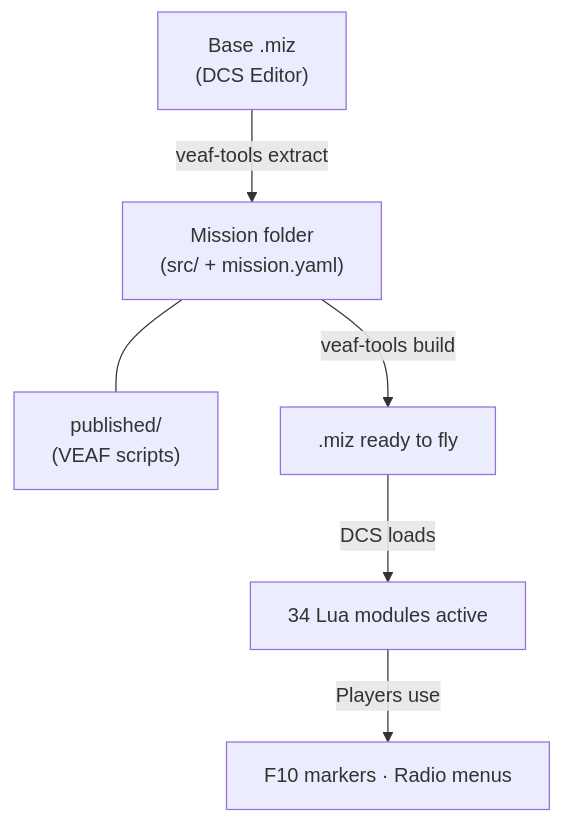
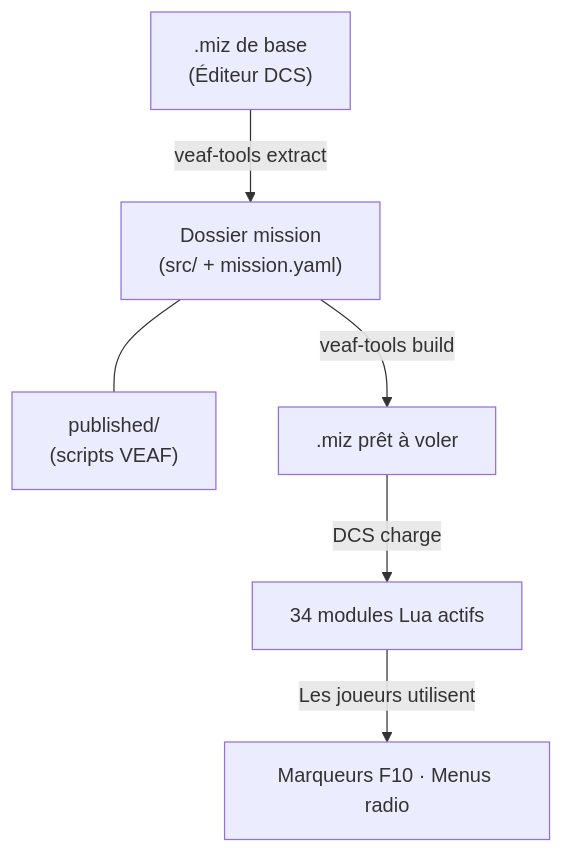
One commit to VEAF/VEAF-Mission-Creation-Tools changed the diagram in doc/index.md. Above: the diagram before and after it, drawn with Mermaid. The commit also changed other lines of this file and 108 other files, not shown here.

````diff
--- a/doc/index.md
+++ b/doc/index.md
@@ -21,8 +21,8 @@
 ```mermaid
 flowchart TD
-    A["Base .miz\n(DCS Editor)"] -->|veaf-tools extract| B["Mission folder\n(src/ + mission.yaml)"]
-    B --- C["published/\n(VEAF scripts)"]
-    B -->|veaf-tools build| D[".miz ready to fly"]
-    D -->|DCS loads| E["34 Lua modules active"]
-    E -->|Players use| F["F10 markers · Radio menus"]
+    A[".miz de base\n(Éditeur DCS)"] -->|veaf-tools extract| B["Dossier mission\n(src/ + mission.yaml)"]
+    B --- C["published/\n(scripts VEAF)"]
+    B -->|veaf-tools build| D[".miz prêt à voler"]
+    D -->|DCS charge| E["34 modules Lua actifs"]
+    E -->|Les joueurs utilisent| F["Marqueurs F10 · Menus radio"]
 ```
````
